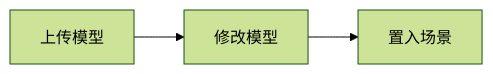
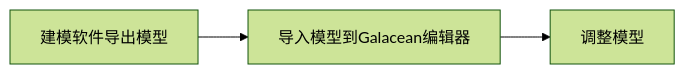
The diagram in docs/graphics-model.zh-CN.md (galacean/galacean.github.io), drawn with Mermaid (forest theme) before and after one commit. The commit also changed other lines of this file and 87 other files, not shown here.

````diff
--- a/docs/graphics-model.zh-CN.md
+++ b/docs/graphics-model.zh-CN.md
@@ -13,4 +13,4 @@
 ```mermaid
 	flowchart LR
-	上传模型 --> 修改模型 --> 置入场景
+	建模软件导出模型 --> 导入模型到Galacean编辑器 --> 调整模型
 ```
````
